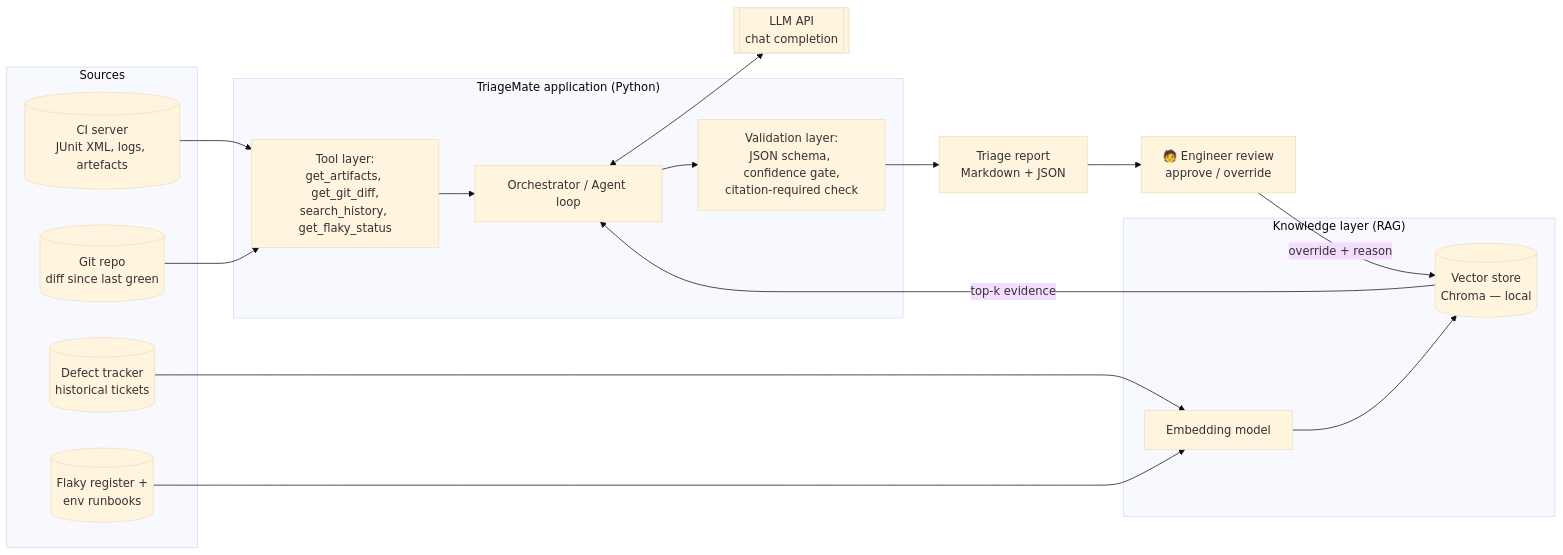
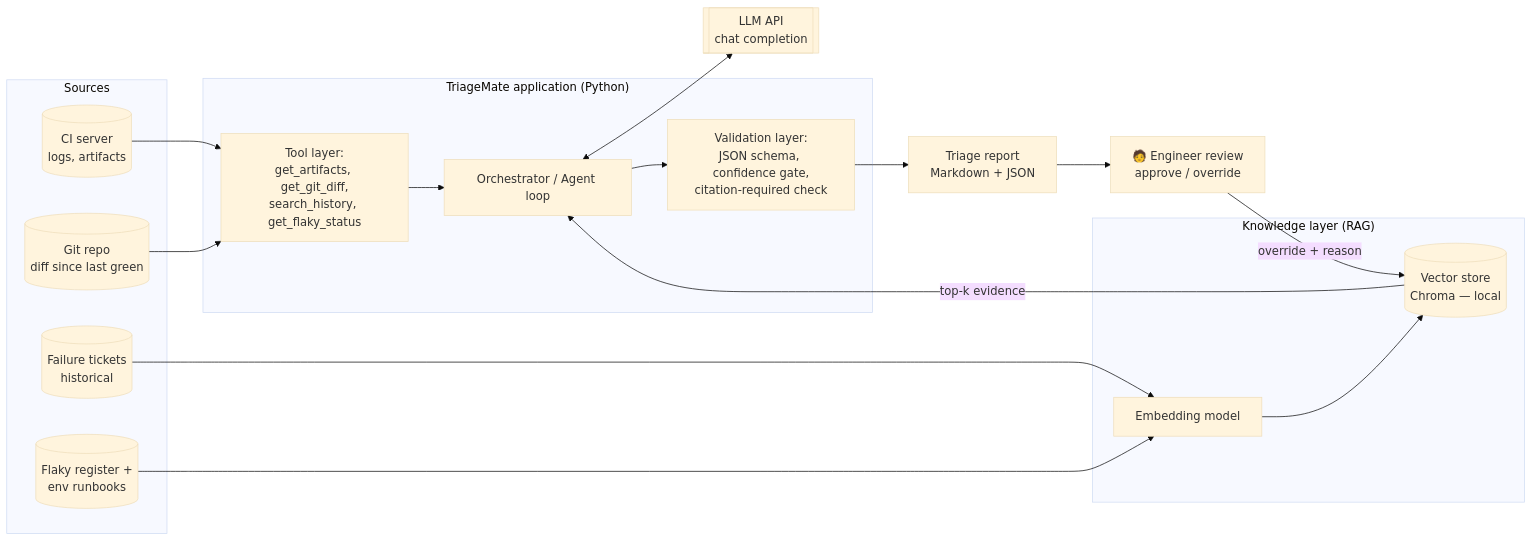
One commit to pg-wko/day4-capstone changed the third of 3 diagrams in Day4_Capstone_Playbook_FILLED.md. Above: the diagram before and after it, drawn with Mermaid (base theme). The commit also changed other lines of this file, not shown here.

````diff
--- a/Day4_Capstone_Playbook_FILLED.md
+++ b/Day4_Capstone_Playbook_FILLED.md
@@ -155,37 +157,37 @@
 ```mermaid
 flowchart LR
     subgraph SRC["Sources"]
-        CI[(CI server<br/>JUnit XML, logs, artefacts)]
+        CI[(CI server<br/>logs, artifacts)]
         GIT[(Git repo<br/>diff since last green)]
-        JIRA[(Defect tracker<br/>historical tickets)]
+        TICKETS[(Failure tickets<br/>historical)]
         DOCS[(Flaky register +<br/>env runbooks)]
     end
 
     subgraph APP["TriageMate application (Python)"]
         ORCH[Orchestrator / Agent loop]
         TOOLS[Tool layer:<br/>get_artifacts, get_git_diff,<br/>search_history, get_flaky_status]
         VAL[Validation layer:<br/>JSON schema, confidence gate,<br/>citation-required check]
     end
 
     subgraph KB["Knowledge layer (RAG)"]
         EMB[Embedding model]
         VDB[(Vector store<br/>Chroma — local)]
     end
 
     LLM[[LLM API<br/>chat completion]]
     OUT[Triage report<br/>Markdown + JSON]
     ENG[🧑 Engineer review<br/>approve / override]
 
     CI --> TOOLS
     GIT --> TOOLS
-    JIRA --> EMB
+    TICKETS --> EMB
     DOCS --> EMB
     EMB --> VDB
     TOOLS --> ORCH
     VDB -- top-k evidence --> ORCH
     ORCH <--> LLM
     ORCH --> VAL
     VAL --> OUT
     OUT --> ENG
     ENG -- override + reason --> VDB
 ```
````
